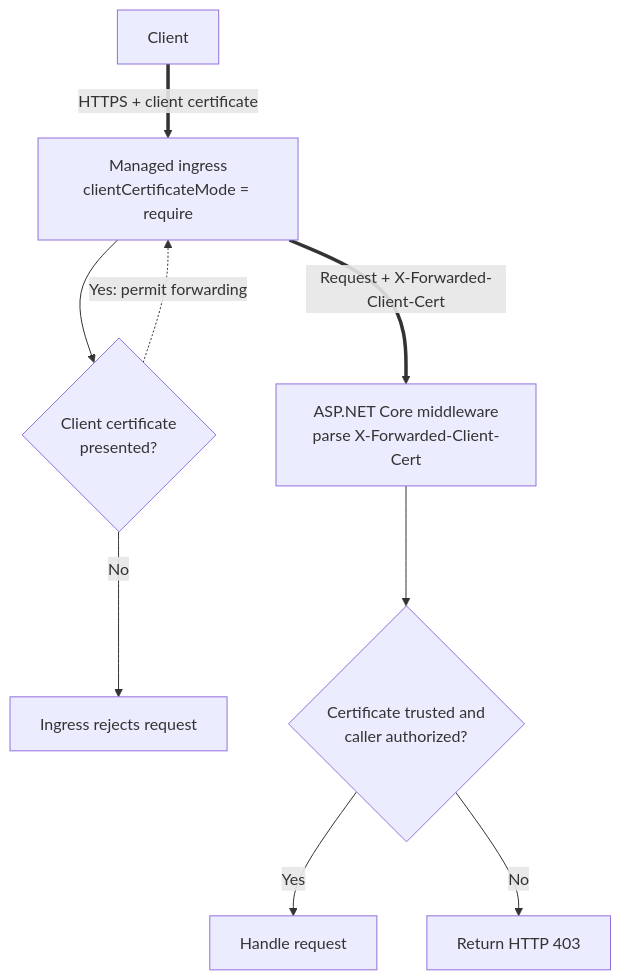
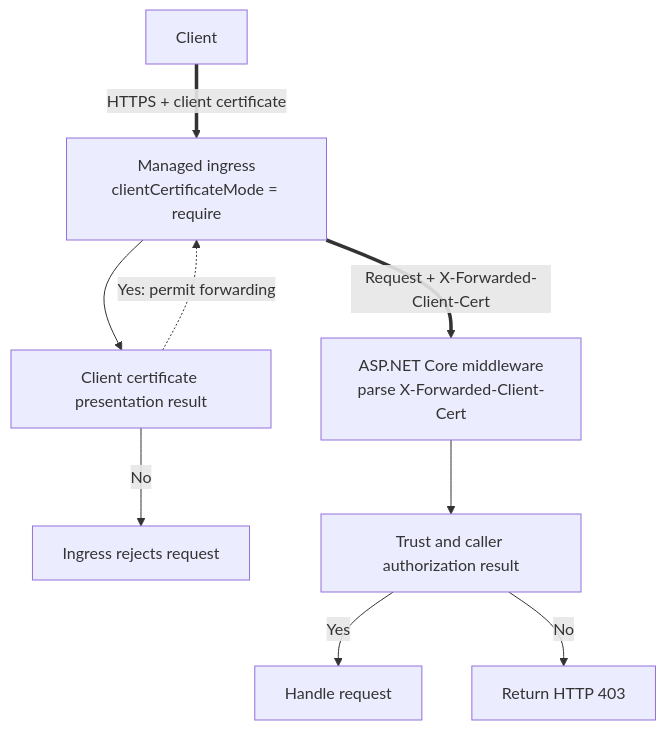
One commit to yeongseon/azure-container-apps-practical-guide changed the diagram in docs/language-guides/dotnet/recipes/mtls-client-certificates.md. Above: the diagram before and after it, drawn with Mermaid. The commit also changed other lines of this file and 22 other files, not shown here.

````diff
--- a/docs/language-guides/dotnet/recipes/mtls-client-certificates.md
+++ b/docs/language-guides/dotnet/recipes/mtls-client-certificates.md
@@ -17,22 +17,22 @@
 ```mermaid
 flowchart TD
     accTitle: ASP.NET Core client-certificate presentation and trust validation
     accDescr: In require mode, managed ingress rejects a request without a client certificate. When a certificate is presented, ingress forwards the request with X-Forwarded-Client-Cert. ASP.NET Core must parse the metadata, validate certificate trust and caller authorization, then allow or reject the request.
     CLIENT[Client]
     INGRESS[Managed ingress<br/>clientCertificateMode = require]
-    PRESENT{Client certificate<br/>presented?}
+    PRESENT[Client certificate presentation result]
     EDGE_REJECT[Ingress rejects request]
     APP[ASP.NET Core middleware<br/>parse X-Forwarded-Client-Cert]
-    TRUST{Certificate trusted and<br/>caller authorized?}
+    TRUST[Trust and caller authorization result]
     ALLOW[Handle request]
     DENY[Return HTTP 403]
 
     CLIENT ==>|"HTTPS + client certificate"| INGRESS
     INGRESS --> PRESENT
     PRESENT -->|"No"| EDGE_REJECT
     PRESENT -.->|"Yes: permit forwarding"| INGRESS
     INGRESS ==>|"Request + X-Forwarded-Client-Cert"| APP
     APP --> TRUST
     TRUST -->|"Yes"| ALLOW
     TRUST -->|"No"| DENY
 ```
````
